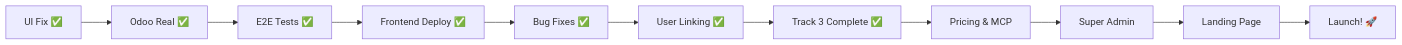
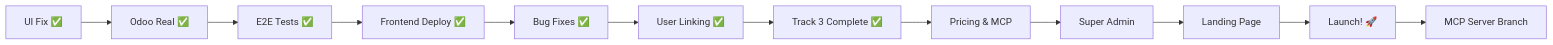
The diagram in docs/phases/PHASE_3_UNIFIED_WORKING_PLAN.md (scubapro711/dental-clinic-ai), drawn with Mermaid before and after one commit. The commit also changed other lines of this file and 1 other file, not shown here.

First line of the commit message:
docs: Update Phase 3 v26.0 - Add Track 9 MCP Server strategic plan + Super Admin analysis

````diff
--- a/docs/phases/PHASE_3_UNIFIED_WORKING_PLAN.md
+++ b/docs/phases/PHASE_3_UNIFIED_WORKING_PLAN.md
@@ -222,13 +224,14 @@
 ```mermaid
 graph LR
     A[UI Fix ✅] --> B[Odoo Real ✅]
     B --> C[E2E Tests ✅]
     C --> D[Frontend Deploy ✅]
     D --> E[Bug Fixes ✅]
     E --> F[User Linking ✅]
     F --> G[Track 3 Complete ✅]
     G --> H[Pricing & MCP]
     H --> I[Super Admin]
     I --> J[Landing Page]
     J --> K[Launch! 🚀]
+    K --> L[MCP Server Branch]
 ```
````
